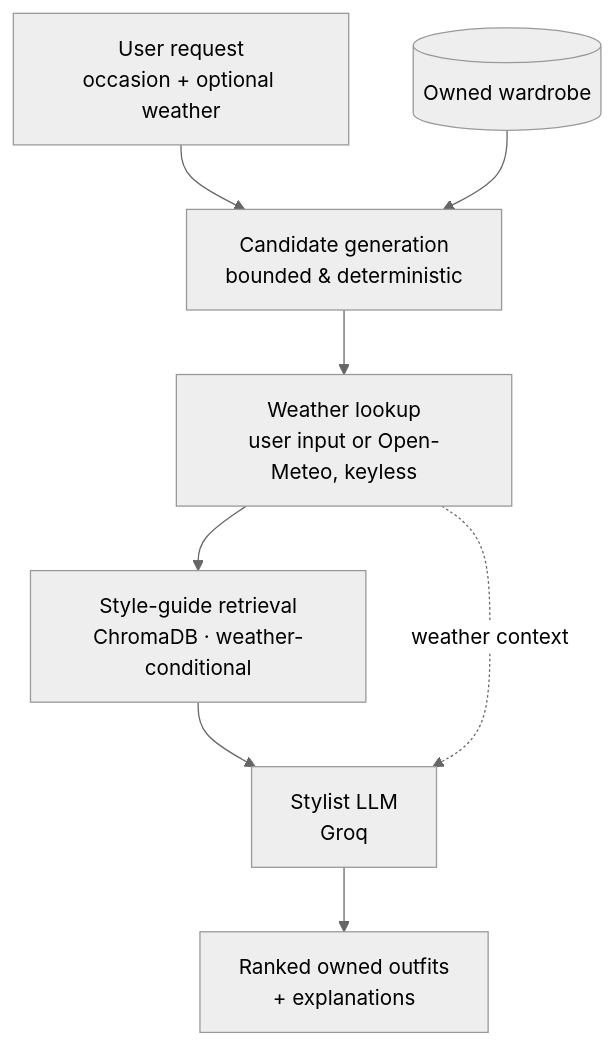
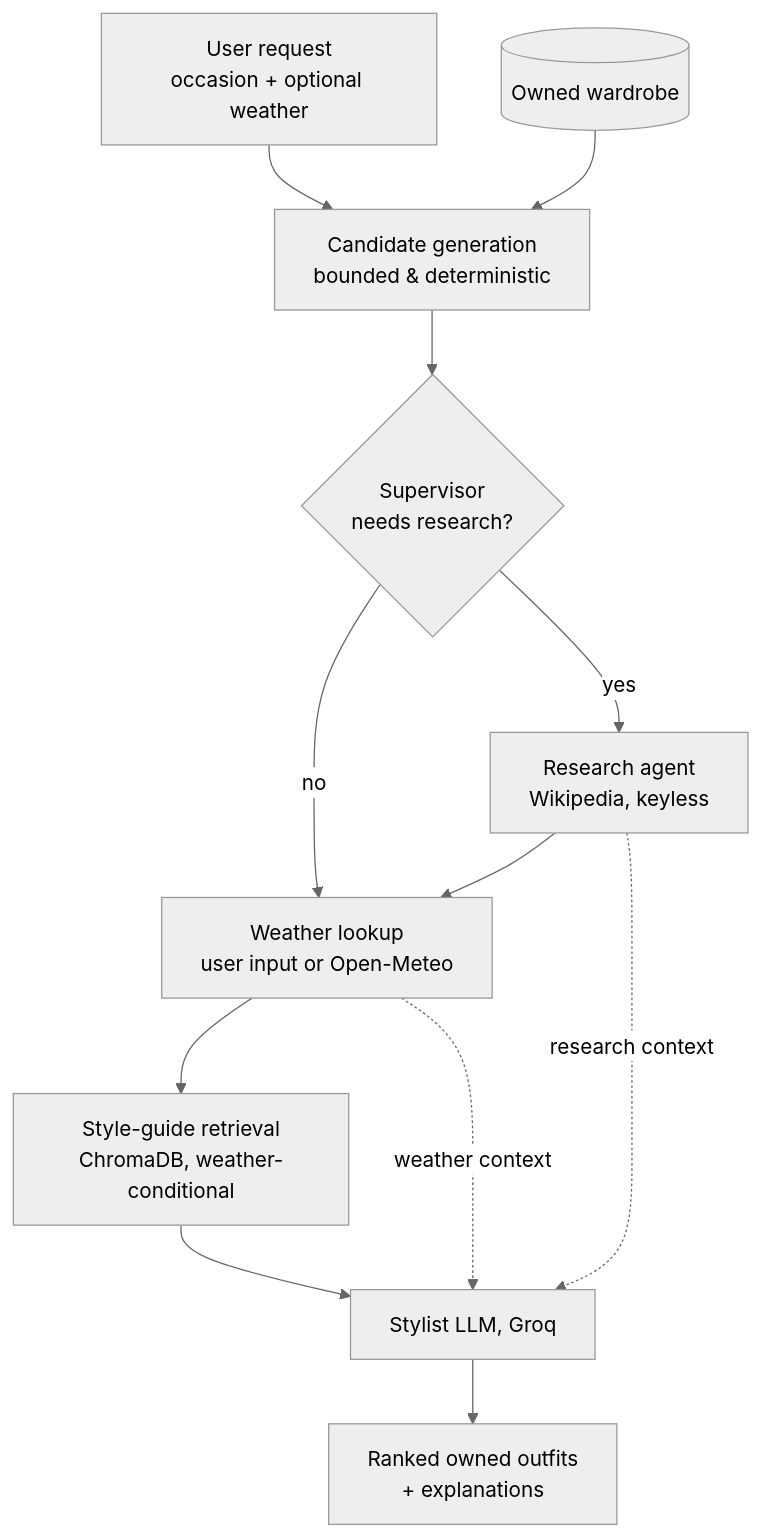
One commit to yanagupta1/ClosetGraph changed the diagram in README.md. Above: the diagram before and after it, drawn with Mermaid (neutral theme). The commit also changed other lines of this file and 2 other files, not shown here.

First line of the commit message:
docs: Stage 4 wrap-up (roadmap, README research section and architecture, demo cell)

````diff
--- a/README.md
+++ b/README.md
@@ -35,10 +37,14 @@
 ```mermaid
 flowchart TD
     REQ[User request<br/>occasion + optional weather] --> GEN
     WARD[(Owned wardrobe)] --> GEN[Candidate generation<br/>bounded & deterministic]
-    GEN --> WX[Weather lookup<br/>user input or Open-Meteo, keyless]
-    WX --> RAG[Style-guide retrieval<br/>ChromaDB · weather-conditional]
-    RAG --> STY[Stylist LLM<br/>Groq]
+    GEN --> SUP{Supervisor<br/>needs research?}
+    SUP -- yes --> RES[Research agent<br/>Wikipedia, keyless]
+    SUP -- no --> WX
+    RES --> WX[Weather lookup<br/>user input or Open-Meteo]
+    WX --> RAG[Style-guide retrieval<br/>ChromaDB, weather-conditional]
+    RAG --> STY[Stylist LLM, Groq]
     STY --> OUT[Ranked owned outfits<br/>+ explanations]
     WX -. weather context .-> STY
+    RES -. research context .-> STY
 ```
````
